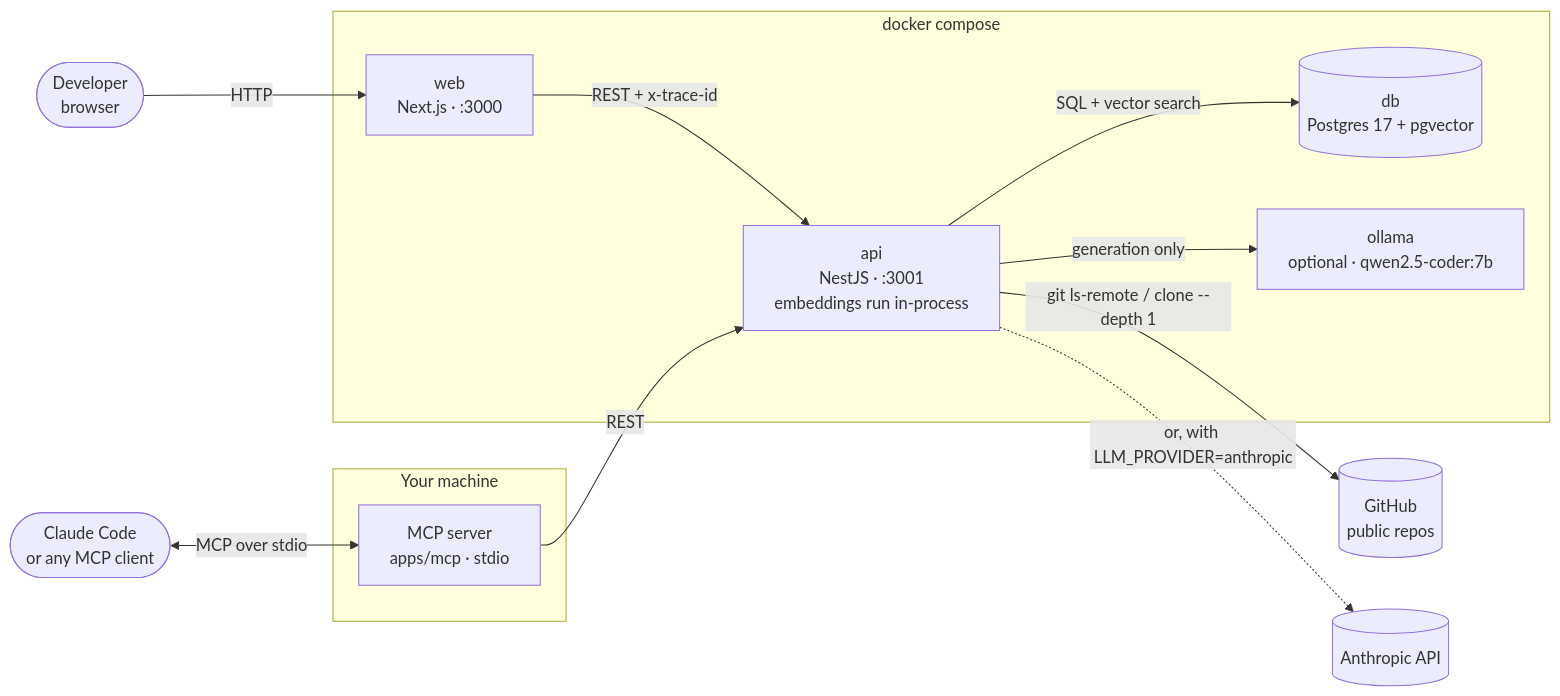
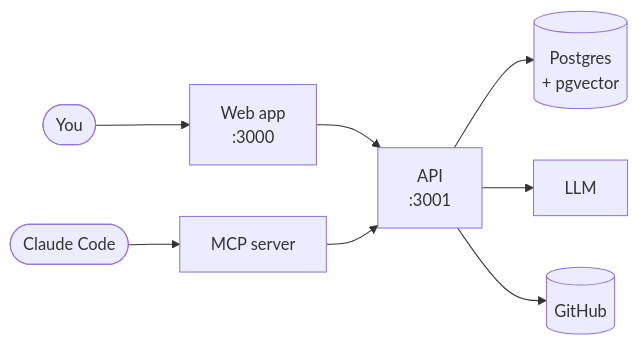
The first of 4 diagrams in README.md (dragostruta/repo-scrapper), drawn with Mermaid before and after one commit. The commit also changed other lines of this file and 16 other files, not shown here.

````diff
--- a/README.md
+++ b/README.md
@@ -136,28 +156,10 @@
 ```mermaid
 flowchart LR
-    user(["Developer<br/>browser"])
-    claude(["Claude Code<br/>or any MCP client"])
-
-    subgraph host["Your machine"]
-        mcp["MCP server<br/>apps/mcp · stdio"]
-    end
-
-    subgraph compose["docker compose"]
-        web["web<br/>Next.js · :3000"]
-        api["api<br/>NestJS · :3001<br/>embeddings run in-process"]
-        db[("db<br/>Postgres 17 + pgvector")]
-        ollama["ollama<br/>optional · qwen2.5-coder:7b"]
-    end
-
-    github[("GitHub<br/>public repos")]
-    anthropic[("Anthropic API")]
-
-    user -->|HTTP| web
-    web -->|"REST + x-trace-id"| api
-    claude <-->|"MCP over stdio"| mcp
-    mcp -->|REST| api
-    api -->|"git ls-remote / clone --depth 1"| github
-    api -->|"SQL + vector search"| db
-    api -->|"generation only"| ollama
-    api -.->|"or, with LLM_PROVIDER=anthropic"| anthropic
+    you(["You"]) --> web["Web app<br/>:3000"]
+    claude(["Claude Code"]) --> mcp["MCP server"]
+    web --> api["API<br/>:3001"]
+    mcp --> api
+    api --> db[("Postgres<br/>+ pgvector")]
+    api --> llm["LLM"]
+    api --> gh[("GitHub")]
 ```
````
